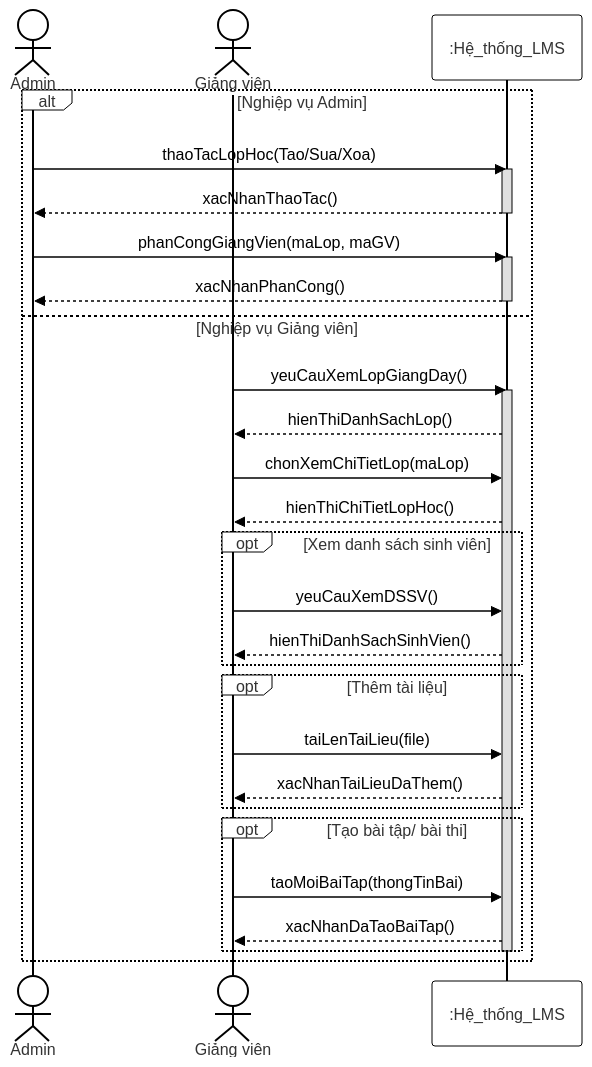
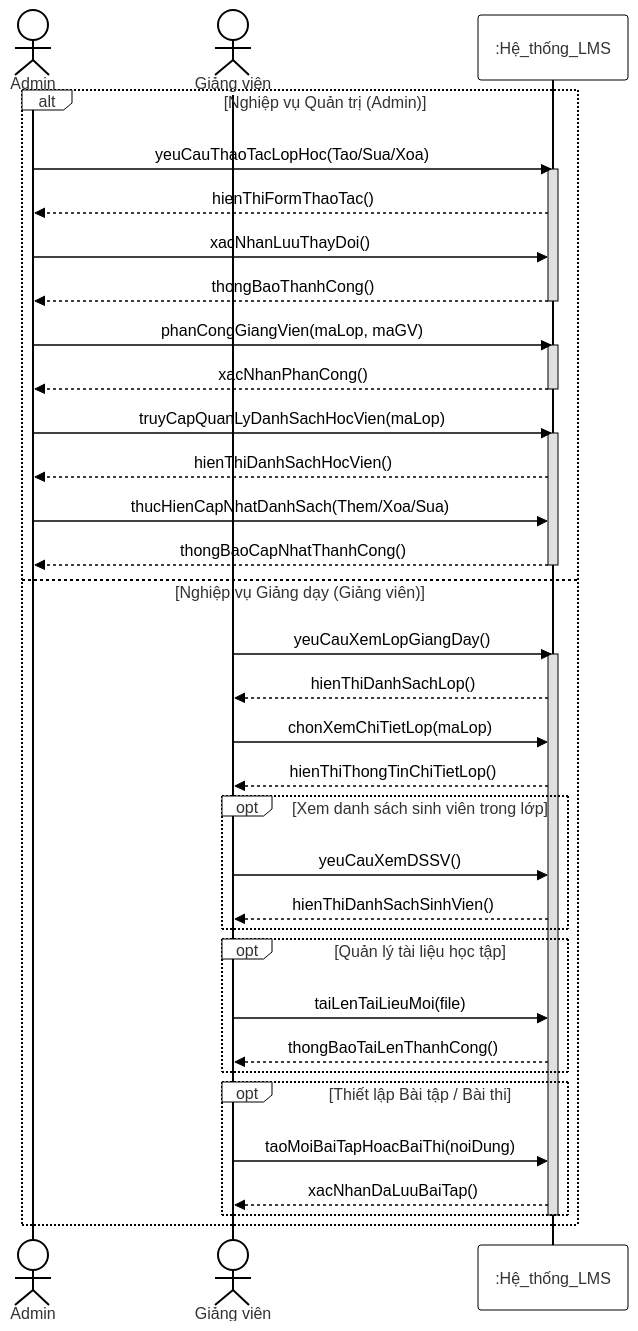
One commit to NguyenViet-281205/PTTKHT changed the diagram in quanlylophoc.md. Above: the diagram before and after it, drawn with Mermaid.

````diff
--- a/quanlylophoc.md
+++ b/quanlylophoc.md
@@ -1,45 +1,57 @@
 ```mermaid
 %%{init: { 'theme': 'base', 'themeVariables': { 'primaryColor': '#ffffff', 'primaryBorderColor': '#000000', 'lineColor': '#000000', 'textColor': '#000000', 'actorBkg': '#ffffff', 'actorBorder': '#000000', 'signalColor': '#000000', 'signalTextColor': '#000000', 'activationBorderColor': '#000000', 'activationBkgColor': '#e0e0e0', 'noteBkgColor': '#ffffff', 'noteBorderColor': '#000000' } } }%%
 sequenceDiagram
     actor Ad as Admin
     actor GV as Giảng viên
     participant Sys as :Hệ_thống_LMS
 
-    alt Nghiệp vụ Admin
-        Ad->>Sys: thaoTacLopHoc(Tao/Sua/Xoa)
+    %% Khối nghiệp vụ dành cho Admin
+    alt Nghiệp vụ Quản trị (Admin)
+        Ad->>Sys: yeuCauThaoTacLopHoc(Tao/Sua/Xoa)
         activate Sys
-        Sys-->>Ad: xacNhanThaoTac()
+        Sys-->>Ad: hienThiFormThaoTac()
+        Ad->>Sys: xacNhanLuuThayDoi()
+        Sys-->>Ad: thongBaoThanhCong()
         deactivate Sys
-        
+
         Ad->>Sys: phanCongGiangVien(maLop, maGV)
         activate Sys
         Sys-->>Ad: xacNhanPhanCong()
         deactivate Sys
 
-    else Nghiệp vụ Giảng viên
+        %% Thêm phần Quản lý danh sách học viên mà bản trước thiếu
+        Ad->>Sys: truyCapQuanLyDanhSachHocVien(maLop)
+        activate Sys
+        Sys-->>Ad: hienThiDanhSachHocVien()
+        Ad->>Sys: thucHienCapNhatDanhSach(Them/Xoa/Sua)
+        Sys-->>Ad: thongBaoCapNhatThanhCong()
+        deactivate Sys
+
+    %% Khối nghiệp vụ dành cho Giảng viên
+    else Nghiệp vụ Giảng dạy (Giảng viên)
         GV->>Sys: yeuCauXemLopGiangDay()
         activate Sys
         Sys-->>GV: hienThiDanhSachLop()
         
-        %% Bao gồm (Include) việc xem chi tiết
+        %% Include: Chi tiết lớp học
         GV->>Sys: chonXemChiTietLop(maLop)
-        Sys-->>GV: hienThiChiTietLopHoc()
+        Sys-->>GV: hienThiThongTinChiTietLop()
         
-        %% Các luồng mở rộng (Extend) từ Chi tiết lớp học
-        opt Xem danh sách sinh viên
+        %% Các chức năng mở rộng (Extend)
+        opt Xem danh sách sinh viên trong lớp
             GV->>Sys: yeuCauXemDSSV()
             Sys-->>GV: hienThiDanhSachSinhVien()
         end
         
-        opt Thêm tài liệu
-            GV->>Sys: taiLenTaiLieu(file)
-            Sys-->>GV: xacNhanTaiLieuDaThem()
+        opt Quản lý tài liệu học tập
+            GV->>Sys: taiLenTaiLieuMoi(file)
+            Sys-->>GV: thongBaoTaiLenThanhCong()
         end
         
-        opt Tạo bài tập/ bài thi
-            GV->>Sys: taoMoiBaiTap(thongTinBai)
-            Sys-->>GV: xacNhanDaTaoBaiTap()
+        opt Thiết lập Bài tập / Bài thi
+            GV->>Sys: taoMoiBaiTapHoacBaiThi(noiDung)
+            Sys-->>GV: xacNhanDaLuuBaiTap()
         end
         deactivate Sys
     end
 ```
````
